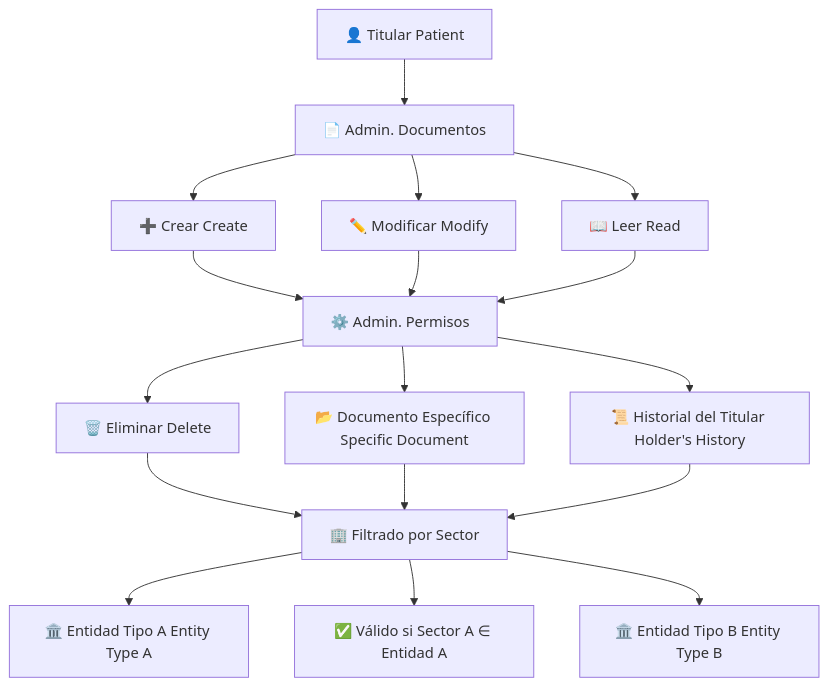
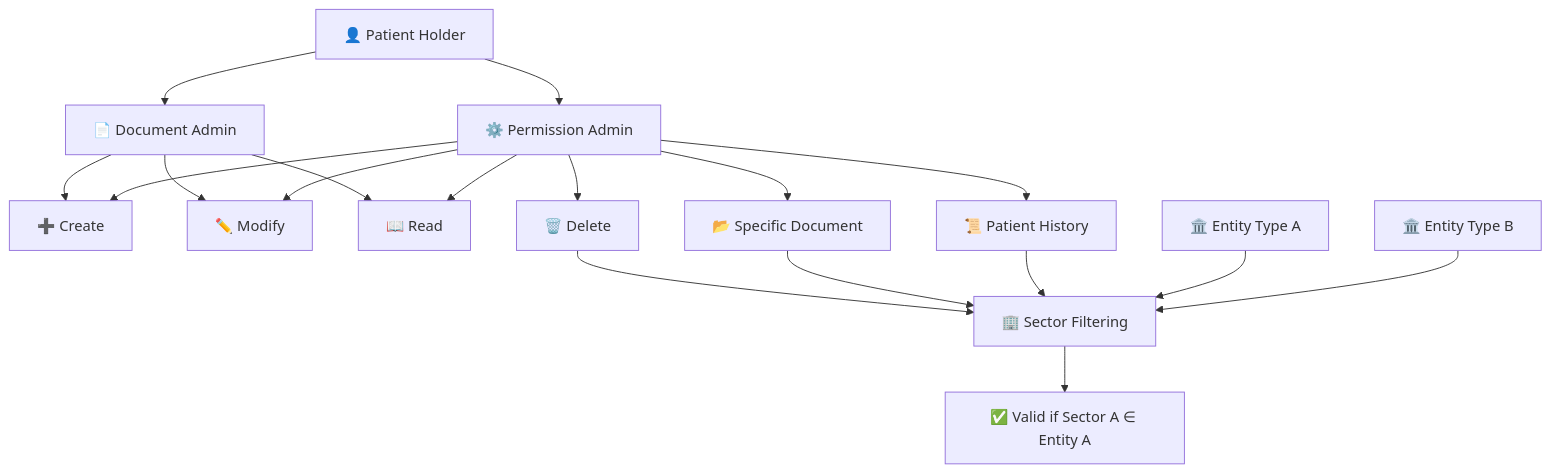
The diagram in README.md (Vctor11180/Avalanche-registro-pacientes), drawn with Mermaid before and after one commit.

Commit message:
README ACTUALIZACION YA CONFIRMADA FINAL

````diff
--- a/README.md
+++ b/README.md
@@ -77,30 +77,31 @@
 ```mermaid
 flowchart TD
-    %% Nivel 1
-    P[👤 Titular Patient] --> D[📄 Admin. Documentos]
+    %% Level 1
+    P[👤 Patient Holder] --> D[📄 Document Admin]
+    P --> AP[⚙️ Permission Admin]
 
-    %% Nivel 2 - CRUD sobre documentos
-    D --> C[➕ Crear Create]
-    D --> M[✏️ Modificar Modify]
-    D --> R[📖 Leer Read]
+    %% Level 2 - CRUD operations on documents
+    D --> C[➕ Create]
+    D --> M[✏️ Modify]
+    D --> R[📖 Read]
 
-    %% Conexión hacia administración de permisos
-    C --> AP[⚙️ Admin. Permisos]
-    M --> AP
-    R --> AP
+    %% Connection from permission administration to CRUD
+    AP --> C
+    AP --> M
+    AP --> R
 
-    %% Nivel 3 - Opciones de permisos
-    AP --> DEL[🗑️ Eliminar Delete]
-    AP --> SD[📂 Documento Específico Specific Document]
-    AP --> H[📜 Historial del Titular Holder's History]
+    %% Level 3 - Permission options
+    AP --> DEL[🗑️ Delete]
+    AP --> SD[📂 Specific Document]
+    AP --> H[📜 Patient History]
 
-    %% Filtrado por sector
-    DEL --> FS[🏢 Filtrado por Sector]
+    %% Sector filtering
+    DEL --> FS[🏢 Sector Filtering]
     SD --> FS
     H --> FS
 
-    %% Nivel 4 - Entidades
-    FS --> EA[🏛️ Entidad Tipo A Entity Type A]
-    FS --> V[✅ Válido si Sector A ∈ Entidad A]
-    FS --> EB[🏛️ Entidad Tipo B Entity Type B]
+    %% Level 4 - Entities
+    EA[🏛️ Entity Type A] --> FS
+    FS --> V[✅ Valid if Sector A ∈ Entity A]
+    EB[🏛️ Entity Type B] --> FS
 ```
````
